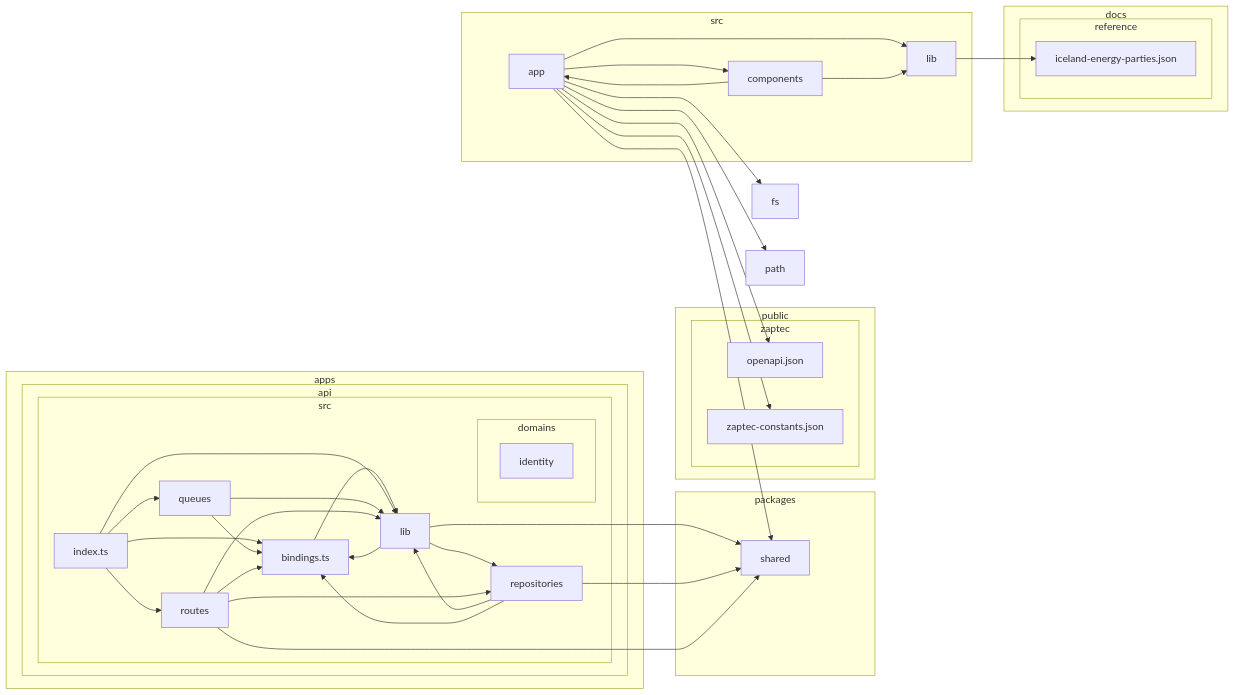
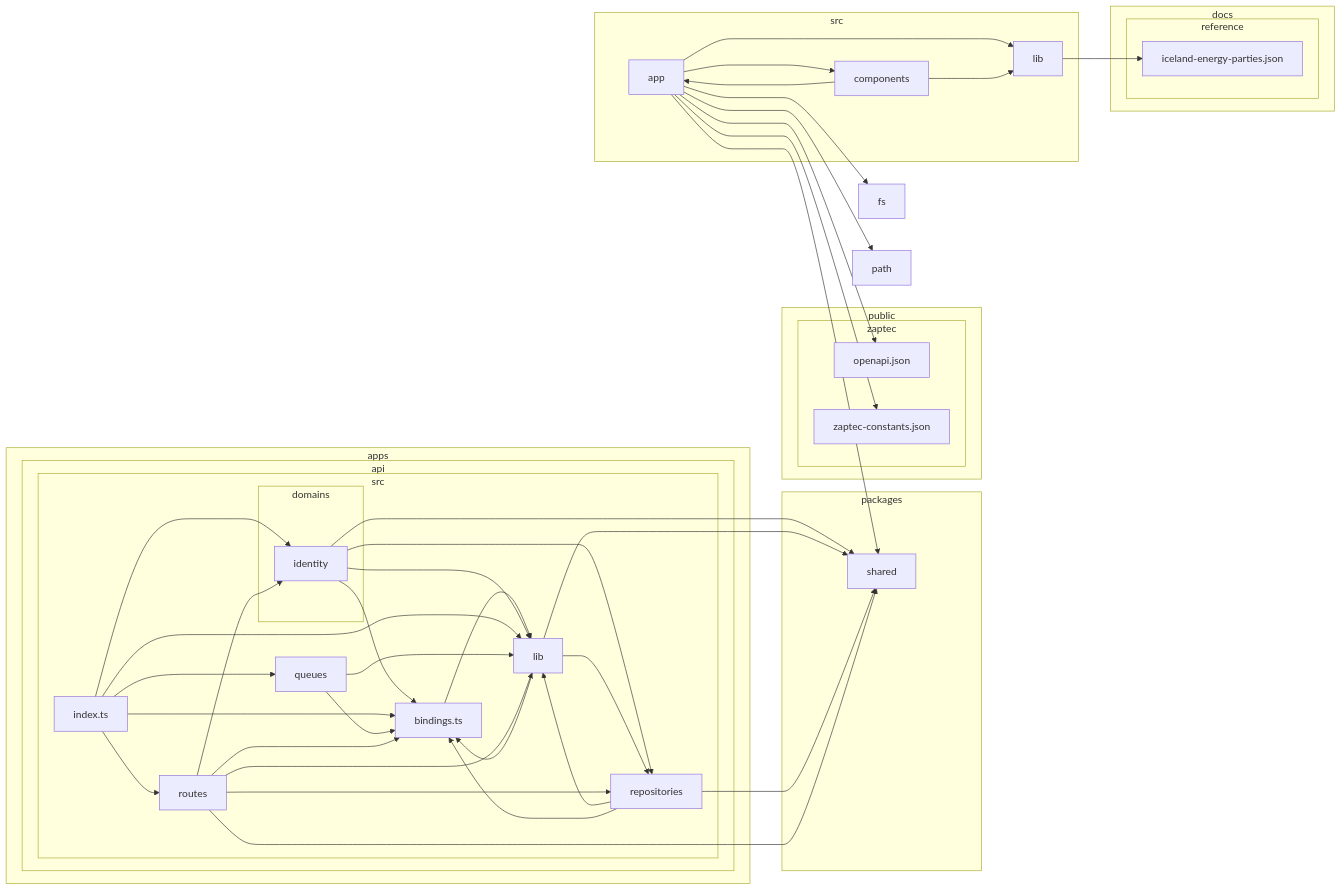
Before and after one commit to andri187/Straumvakt: the diagram in docs/architecture/dependency-graph.md, drawn with Mermaid. The commit also changed other lines of this file and 17 other files, not shown here.

````diff
--- a/docs/architecture/dependency-graph.md
+++ b/docs/architecture/dependency-graph.md
@@ -25,67 +25,73 @@
 ```mermaid
 flowchart LR
 
 subgraph 0["apps"]
 subgraph 1["api"]
 subgraph 2["src"]
 3["bindings.ts"]
 subgraph 4["domains"]
 5["identity"]
 end
 6["index.ts"]
 7["lib"]
 8["queues"]
 9["repositories"]
 A["routes"]
 end
 end
 end
 subgraph B["docs"]
 subgraph C["reference"]
 D["iceland-energy-parties.json"]
 end
 end
 E["fs"]
 subgraph F["packages"]
 G["shared"]
 end
 H["path"]
 subgraph I["public"]
 subgraph J["zaptec"]
 K["openapi.json"]
 L["zaptec-constants.json"]
 end
 end
 subgraph M["src"]
 N["app"]
 O["components"]
 P["lib"]
 end
 3-->7
+5-->7
+5-->G
+5-->3
+5-->9
 6-->3
+6-->5
 6-->7
 6-->8
 6-->A
 7-->3
+7-->G
 7-->9
-7-->G
 8-->3
 8-->7
 9-->7
 9-->G
 9-->3
 A-->3
 A-->7
 A-->9
 A-->G
+A-->5
 N-->O
 N-->P
 N-->G
 N-->E
 N-->H
 N-->K
 N-->L
 O-->P
 O-->N
 P-->D
 ```
````
